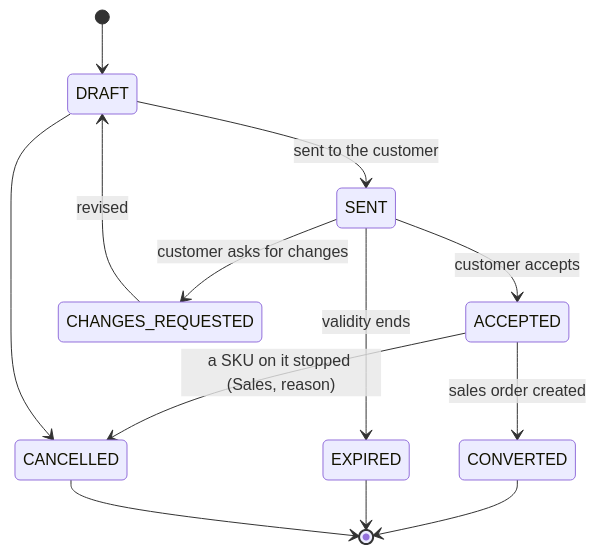
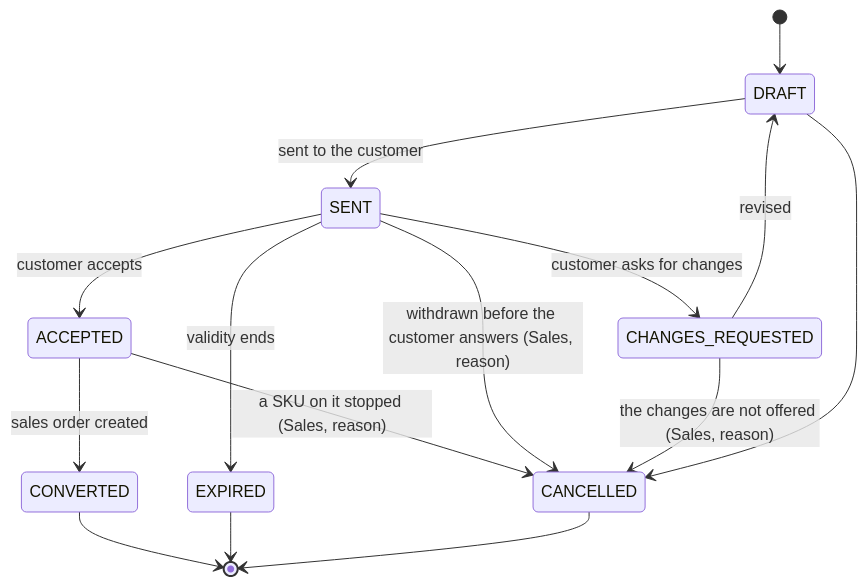
One commit to KLTN-FA26/be-backoffice-stockflow-commerce changed diagram 19 of 19 in docs/business-design/03-state-machines.md. Above: the diagram before and after it, drawn with Mermaid. The commit also changed other lines of this file and 34 other files, not shown here.

````diff
--- a/docs/business-design/03-state-machines.md
+++ b/docs/business-design/03-state-machines.md
@@ -931,15 +949,17 @@
 ```mermaid
 stateDiagram-v2
     [*] --> DRAFT
     DRAFT --> SENT: sent to the customer
     SENT --> ACCEPTED: customer accepts
     SENT --> CHANGES_REQUESTED: customer asks for changes
     CHANGES_REQUESTED --> DRAFT: revised
     SENT --> EXPIRED: validity ends
     ACCEPTED --> CONVERTED: sales order created
     ACCEPTED --> CANCELLED: a SKU on it stopped (Sales, reason)
+    SENT --> CANCELLED: withdrawn before the customer answers (Sales, reason)
+    CHANGES_REQUESTED --> CANCELLED: the changes are not offered (Sales, reason)
     DRAFT --> CANCELLED
     CONVERTED --> [*]
     EXPIRED --> [*]
     CANCELLED --> [*]
 ```
````
